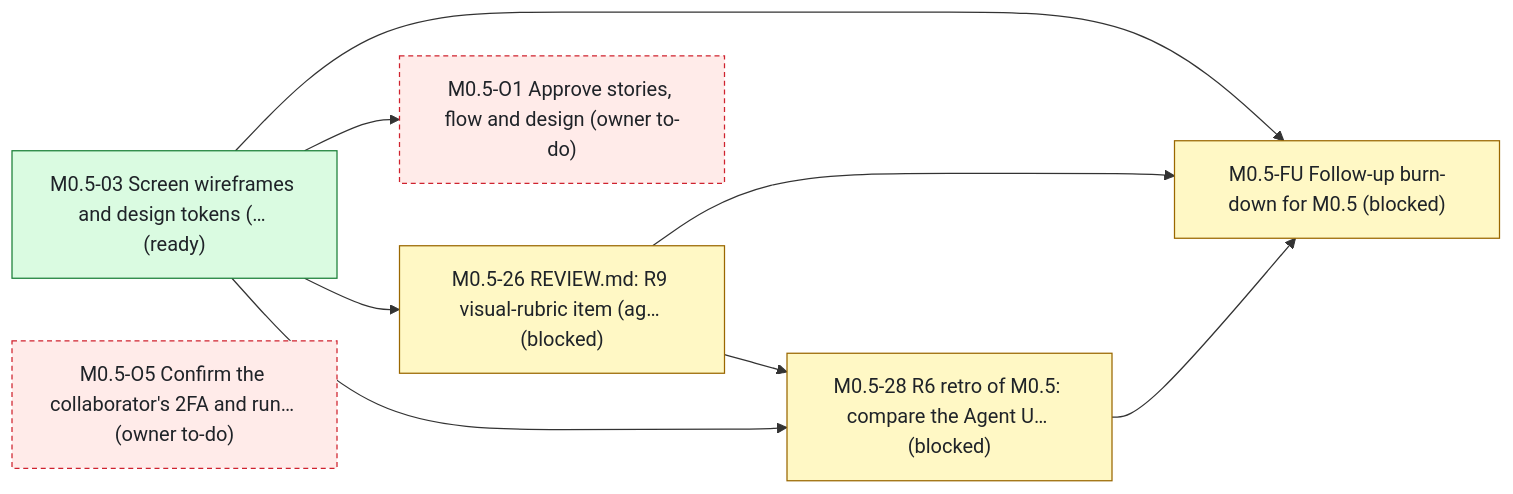
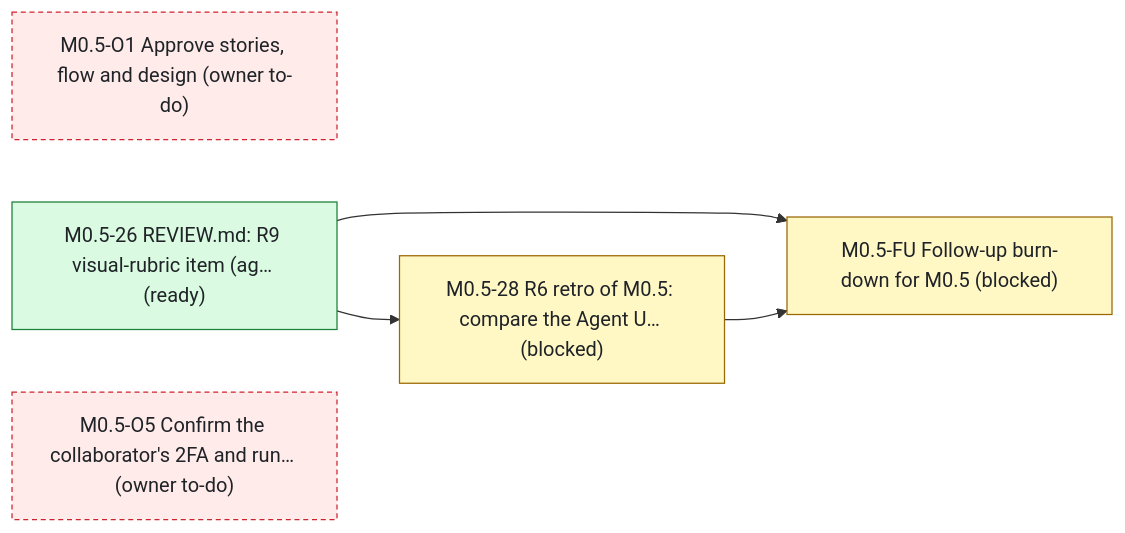
One commit to bondo/listicles2 changed the first of 3 diagrams in status.md. Above: the diagram before and after it, drawn with Mermaid. The commit also changed other lines of this file and 2 other files, not shown here.

Commit message:
status: update

````diff
--- a/status.md
+++ b/status.md
@@ -110,21 +110,16 @@
 ```mermaid
 flowchart LR
-    n0["M0.5-03 Screen wireframes and design tokens (… (ready)"]:::ready
-    n1["M0.5-FU Follow-up burn-down for M0.5 (blocked)"]:::blocked
-    n2["M0.5-O1 Approve stories, flow and design (owner to-do)"]:::owner
-    n3["M0.5-26 REVIEW.md: R9 visual-rubric item (ag… (blocked)"]:::blocked
-    n4["M0.5-O5 Confirm the collaborator's 2FA and run… (owner to-do)"]:::owner
-    n5["M0.5-28 R6 retro of M0.5: compare the Agent U… (blocked)"]:::blocked
-    n0 --> n1
-    n3 --> n1
-    n5 --> n1
-    n0 --> n2
-    n0 --> n3
-    n0 --> n5
-    n3 --> n5
+    n0["M0.5-FU Follow-up burn-down for M0.5 (blocked)"]:::blocked
+    n1["M0.5-O1 Approve stories, flow and design (owner to-do)"]:::owner
+    n2["M0.5-26 REVIEW.md: R9 visual-rubric item (ag… (ready)"]:::ready
+    n3["M0.5-O5 Confirm the collaborator's 2FA and run… (owner to-do)"]:::owner
+    n4["M0.5-28 R6 retro of M0.5: compare the Agent U… (blocked)"]:::blocked
+    n2 --> n0
+    n4 --> n0
+    n2 --> n4
     classDef ready fill:#dafbe1,stroke:#1a7f37,color:#1f2328
     classDef progress fill:#ddf4ff,stroke:#0969da,color:#1f2328
     classDef blocked fill:#fff8c5,stroke:#9a6700,color:#1f2328
     classDef owner fill:#ffebe9,stroke:#cf222e,color:#1f2328,stroke-dasharray:4 3
     classDef ext fill:#eaeef2,stroke:#59636e,color:#1f2328,stroke-dasharray:2 2
 ```
````
